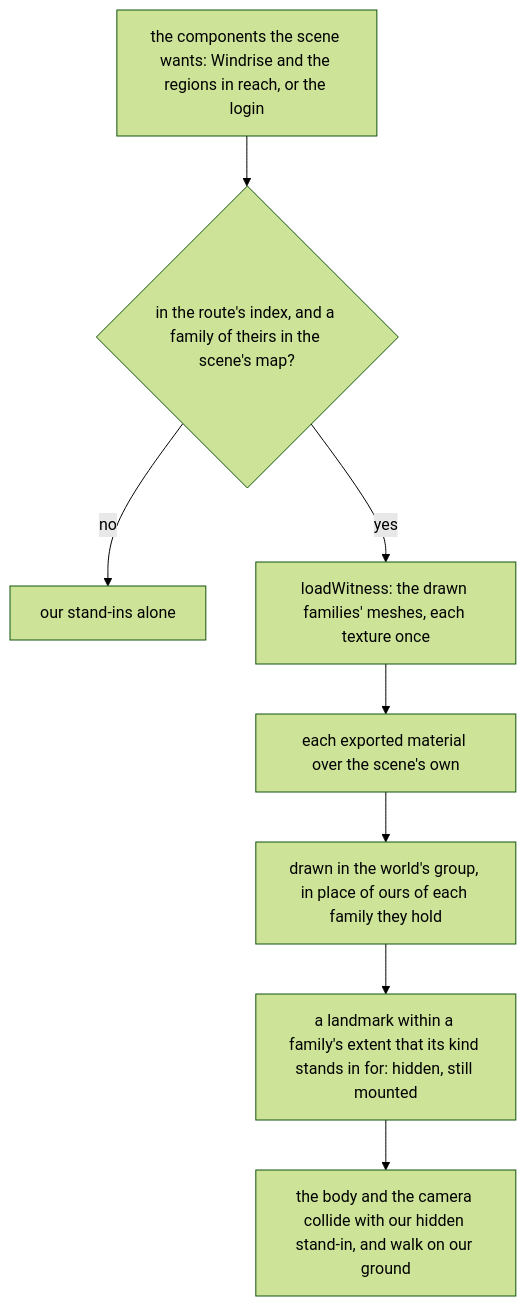
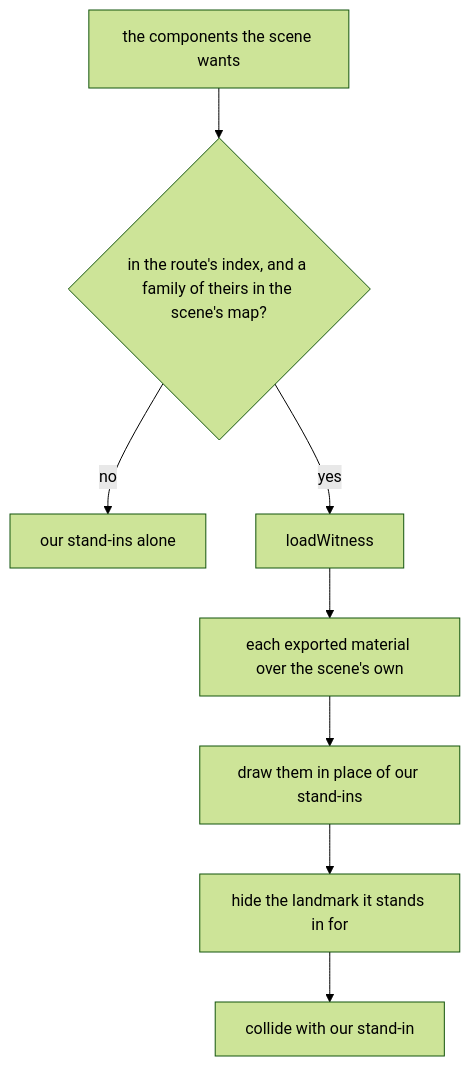
One commit to Esposter/Esposter changed the second of 2 diagrams in openspec/specs/genshin/derived-assets/development-exports/design.md. Above: the diagram before and after it, drawn with Mermaid (forest theme). The commit also changed other lines of this file and 13 other files, not shown here.

````diff
--- a/openspec/specs/genshin/derived-assets/development-exports/design.md
+++ b/openspec/specs/genshin/derived-assets/development-exports/design.md
@@ -30,10 +30,10 @@
 ```mermaid
 flowchart TD
-  WANT["the components the scene wants: Windrise and the regions in reach, or the login"] --> HELD{"in the route's index, and a family of theirs in the scene's map?"}
+  WANT["the components the scene wants"] --> HELD{"in the route's index, and a family of theirs in the scene's map?"}
   HELD -->|no| OURS["our stand-ins alone"]
-  HELD -->|yes| LOAD["loadWitness: the drawn families' meshes, each texture once"]
+  HELD -->|yes| LOAD["loadWitness"]
   LOAD --> MAT["each exported material over the scene's own"]
-  MAT --> DRAW["drawn in the world's group, in place of ours of each family they hold"]
-  DRAW --> HIDE["a landmark within a family's extent that its kind stands in for: hidden, still mounted"]
-  HIDE --> COLLIDE["the body and the camera collide with our hidden stand-in, and walk on our ground"]
+  MAT --> DRAW["draw them in place of our stand-ins"]
+  DRAW --> HIDE["hide the landmark it stands in for"]
+  HIDE --> COLLIDE["collide with our stand-in"]
 ```
````
